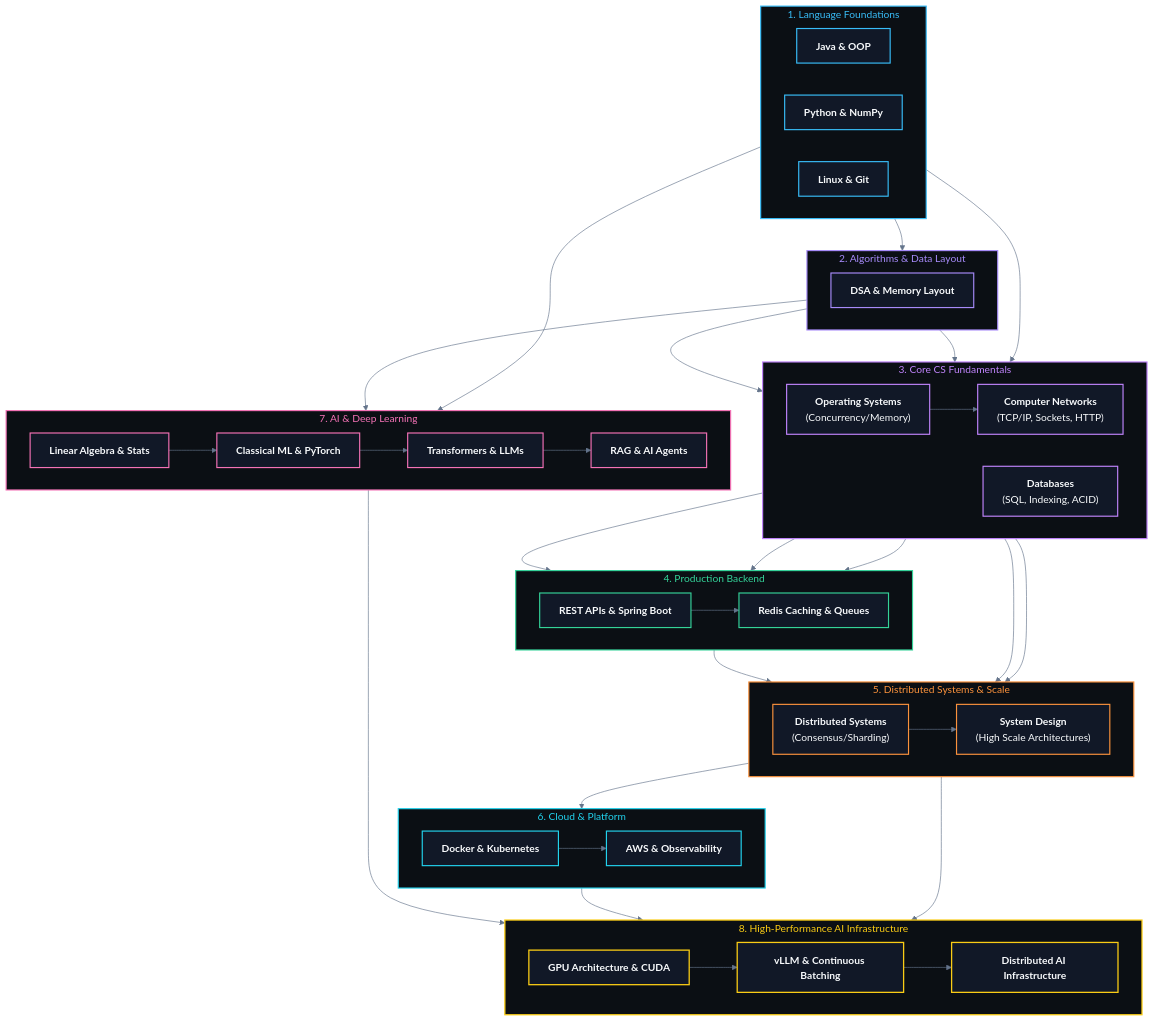
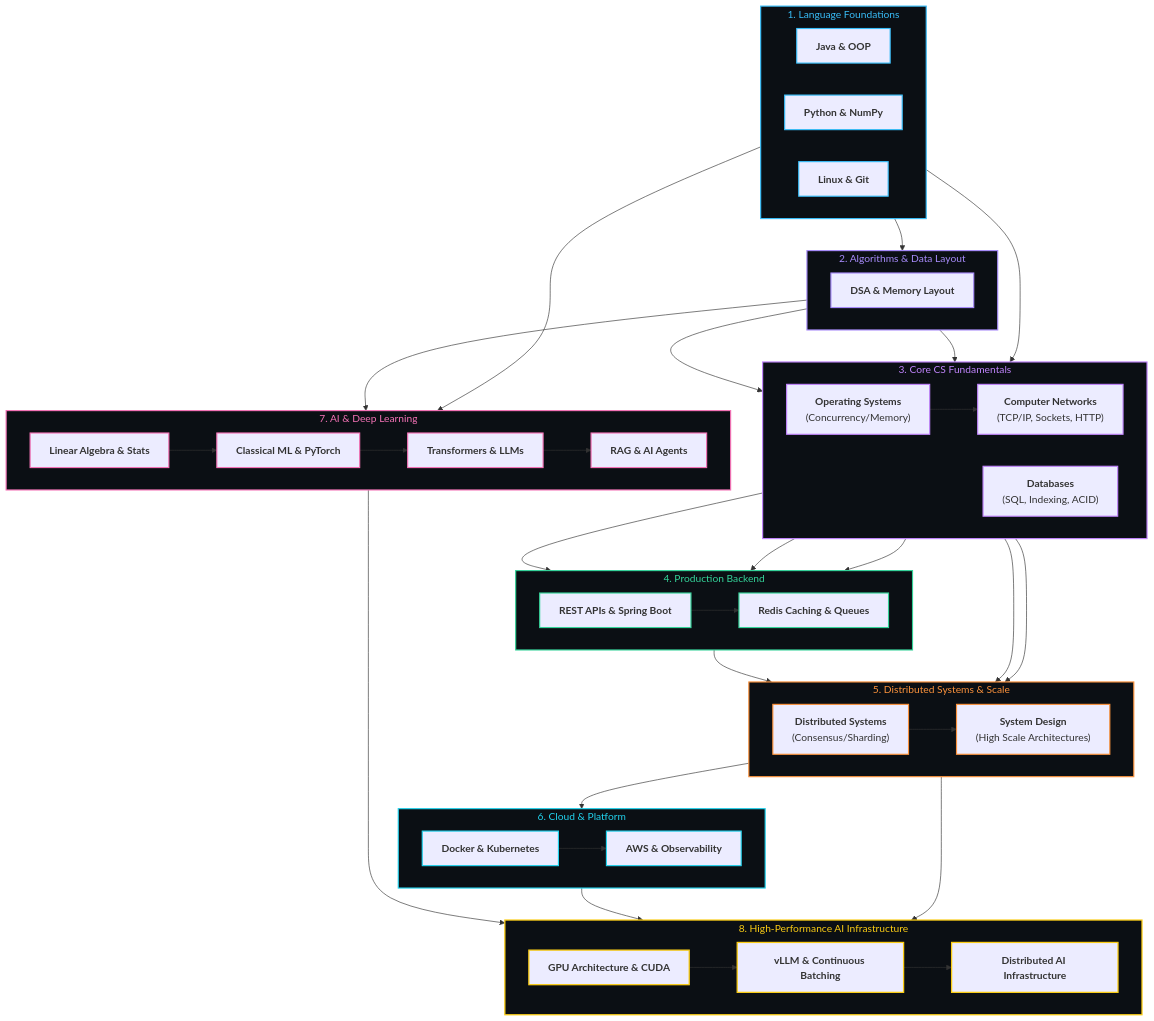
The diagram in BrainOS/01 - Roadmap/Skill Dependency Map.md (abhinavbharti2345/CS_Notes), drawn with Mermaid before and after one commit. The commit also changed 91 other files, not shown here.

````diff
--- a/BrainOS/01 - Roadmap/Skill Dependency Map.md
+++ b/BrainOS/01 - Roadmap/Skill Dependency Map.md
@@ -20,5 +20,4 @@
 ```mermaid
-%%{init: {'theme': 'base', 'themeVariables': { 'darkMode': true, 'background': '#0B0F14', 'mainBkg': '#111827', 'primaryColor': '#111827', 'primaryTextColor': '#F8FAFC', 'primaryBorderColor': '#38BDF8', 'lineColor': '#64748B', 'secondaryColor': '#0B0F14', 'tertiaryColor': '#0B0F14', 'clusterBkg': '#0B0F14', 'clusterBorder': '#38BDF8' }}}%%
 flowchart TD
     subgraph S_LANG ["1. Language Foundations"]
         direction LR
@@ -114,14 +113,14 @@
     style S_AI fill:#0B0F14,stroke:#F472B6,stroke-width:1.8px,color:#F472B6
     style S_AI_INFRA fill:#0B0F14,stroke:#FACC15,stroke-width:2px,color:#FACC15
 
-    classDef fndNode fill:#111827,stroke:#38BDF8,stroke-width:1.8px,color:#F8FAFC;
-    classDef dsaNode fill:#111827,stroke:#A78BFA,stroke-width:1.8px,color:#F8FAFC;
-    classDef coreNode fill:#111827,stroke:#C084FC,stroke-width:1.8px,color:#F8FAFC;
-    classDef seNode fill:#111827,stroke:#34D399,stroke-width:1.8px,color:#F8FAFC;
-    classDef sysNode fill:#111827,stroke:#FB923C,stroke-width:1.8px,color:#F8FAFC;
-    classDef cloudNode fill:#111827,stroke:#22D3EE,stroke-width:1.8px,color:#F8FAFC;
-    classDef mlNode fill:#111827,stroke:#F472B6,stroke-width:1.8px,color:#F8FAFC;
-    classDef aiInfraNode fill:#111827,stroke:#FACC15,stroke-width:2px,color:#F8FAFC;
+    classDef fndNode stroke:#38BDF8,stroke-width:1.8px;
+    classDef dsaNode stroke:#A78BFA,stroke-width:1.8px;
+    classDef coreNode stroke:#C084FC,stroke-width:1.8px;
+    classDef seNode stroke:#34D399,stroke-width:1.8px;
+    classDef sysNode stroke:#FB923C,stroke-width:1.8px;
+    classDef cloudNode stroke:#22D3EE,stroke-width:1.8px;
+    classDef mlNode stroke:#F472B6,stroke-width:1.8px;
+    classDef aiInfraNode stroke:#FACC15,stroke-width:2px;
 
     class JAVA,PY,LNX fndNode;
     class DSA dsaNode;
````
